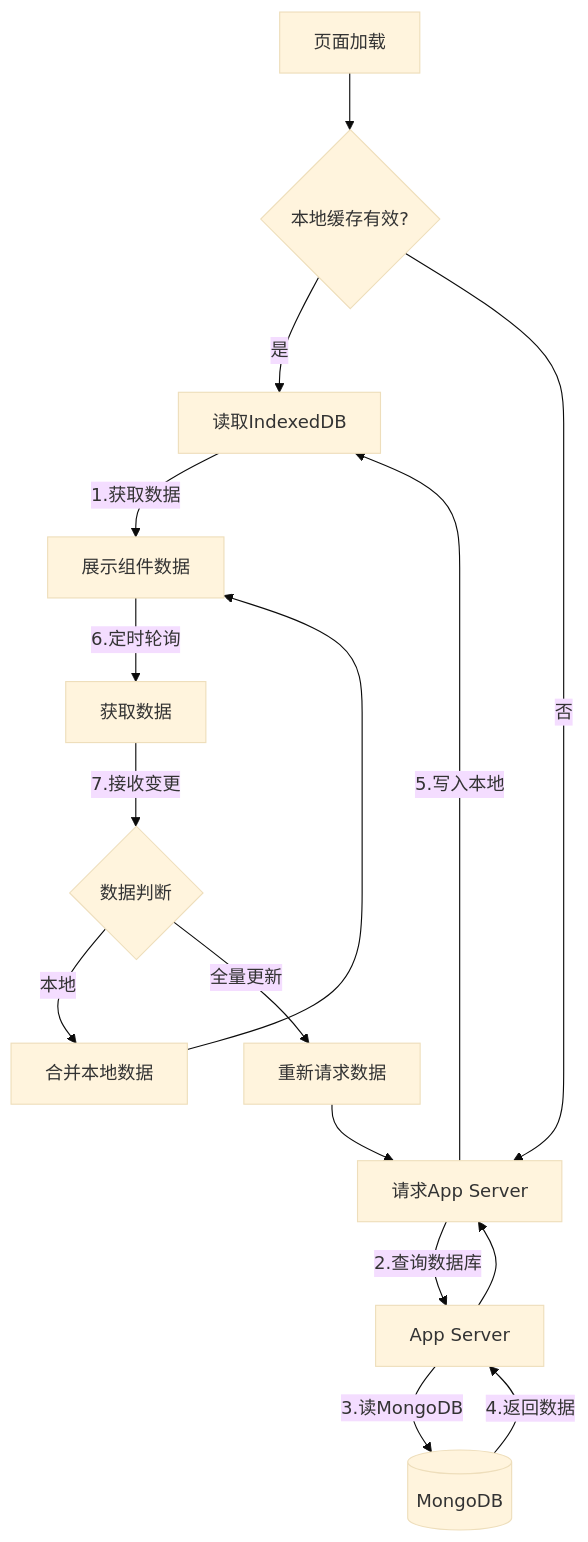
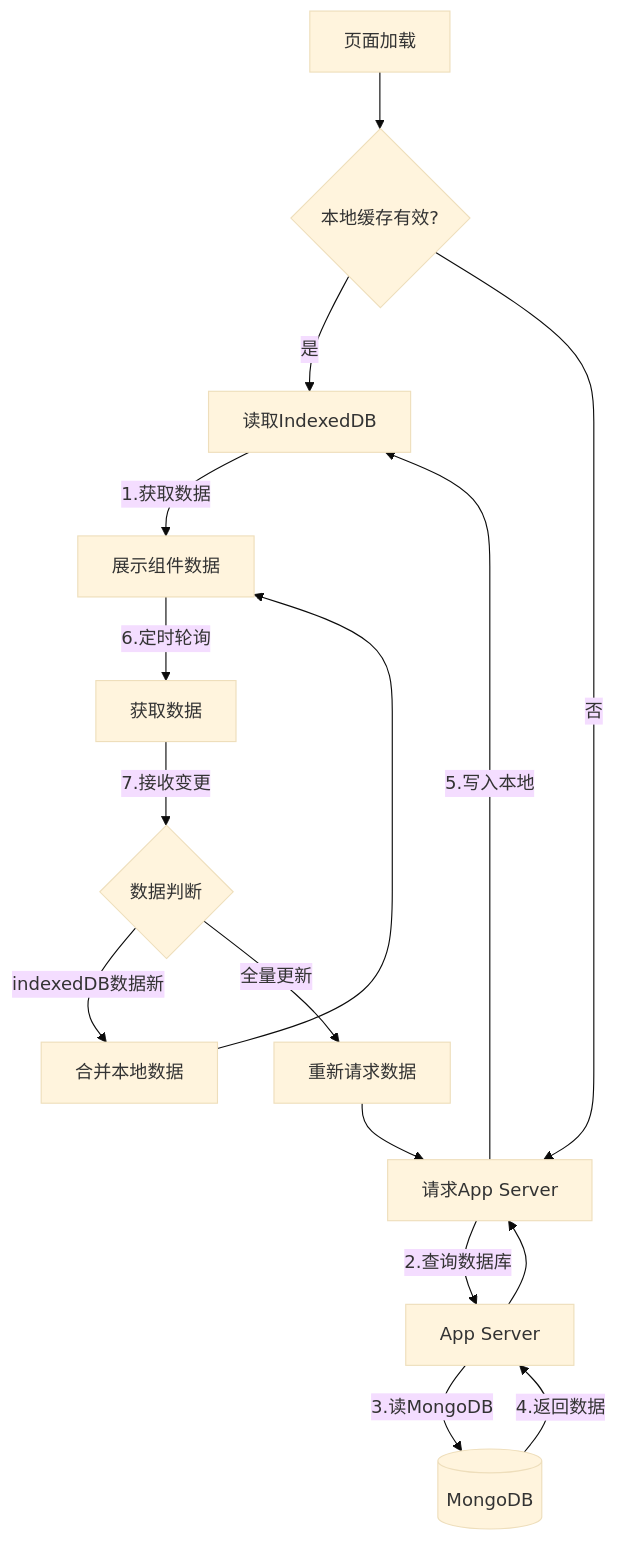
One commit to yingjianzh/iodraw-files changed the diagram in all/未命名-21.md. Above: the diagram before and after it, drawn with Mermaid (base theme).

Commit message:
2025-02-18 11:33:14 update

````diff
--- a/all/未命名-21.md
+++ b/all/未命名-21.md
@@ -1,19 +1,19 @@
 ```mermaid
 
 graph TD
     A[页面加载] --> B{本地缓存有效?}
     B -->|是| C[读取IndexedDB]
     B -->|否| D[请求App Server]
     C -->|1.获取数据| E[展示组件数据]
     D -->|2.查询数据库| F[App Server]
     F -->|3.读MongoDB| G[(MongoDB)]
     G -->|4.返回数据| F --> D
     D -->|5.写入本地| C
     E -->|6.定时轮询| H[获取数据]
     H -->|7.接收变更| I{数据判断}
-    I -->|本地| J[合并本地数据]
+    I -->|indexedDB数据新| J[合并本地数据]
     I -->|全量更新| K[重新请求数据]
     J --> E
     K --> D
 
 ```
````
